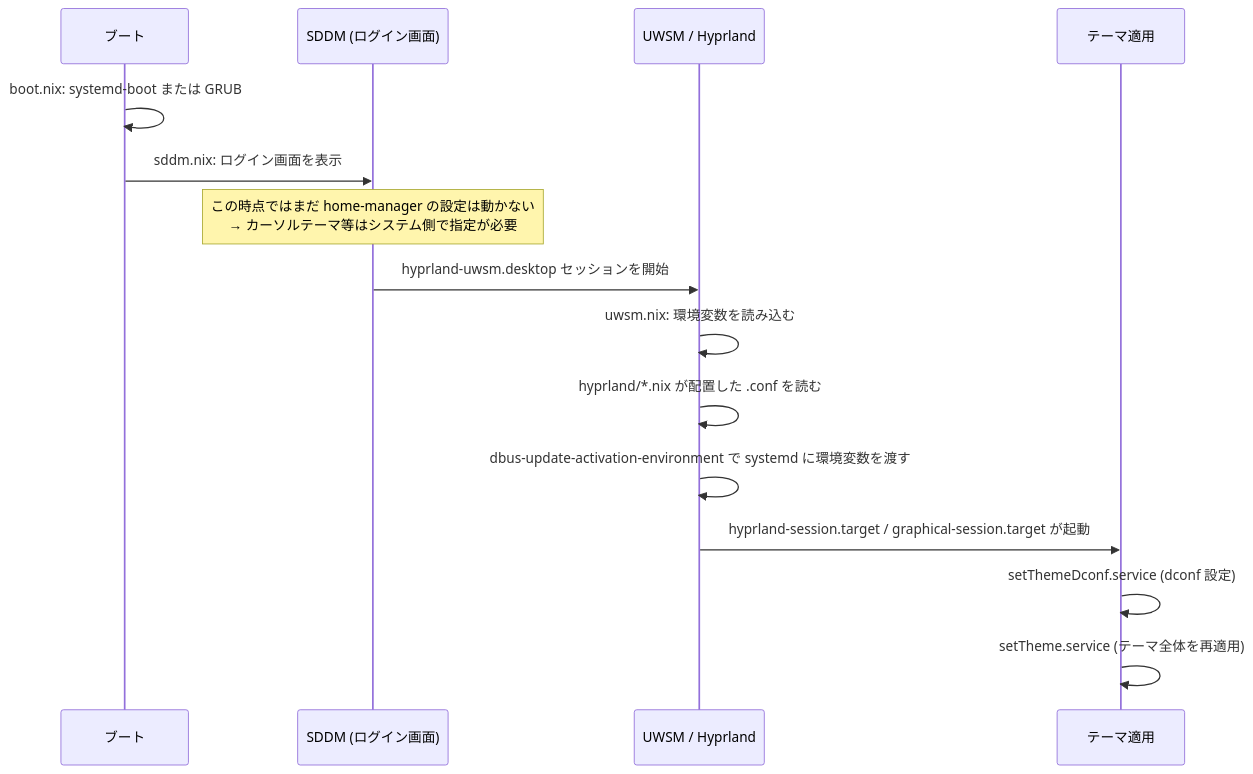
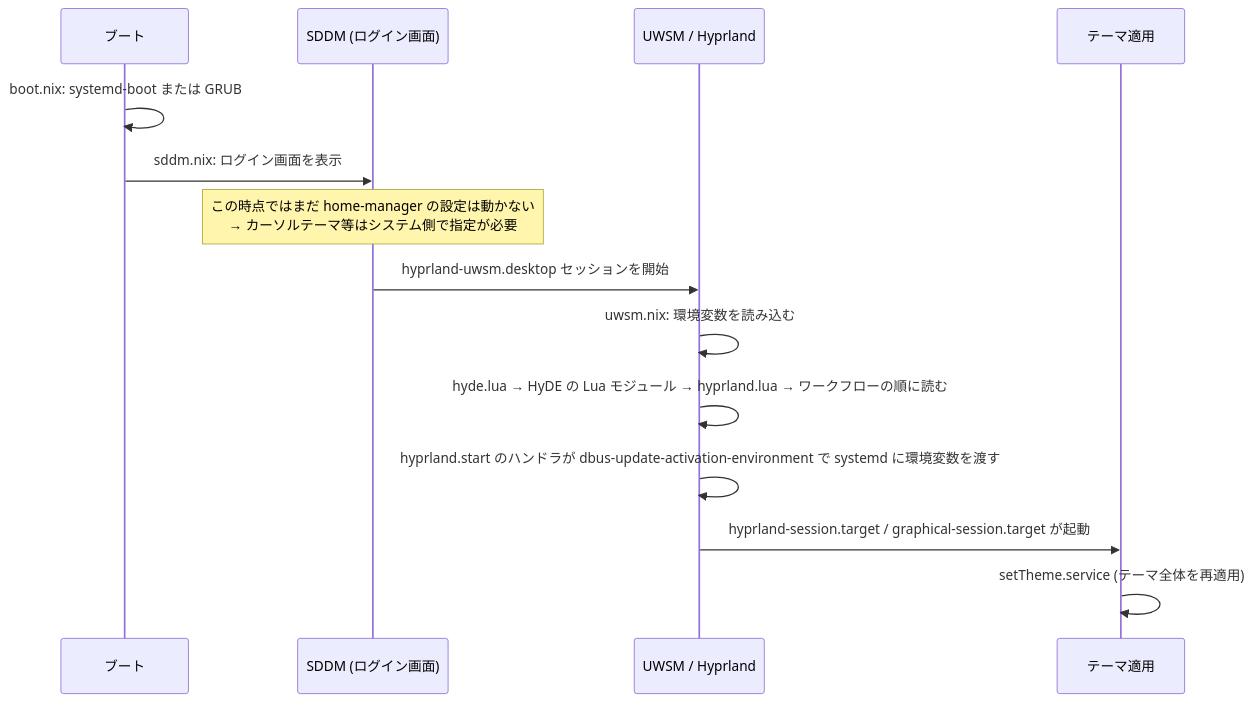
One commit to santamn/hydenix changed the second of 3 diagrams in docs-ja/01-architecture.md. Above: the diagram before and after it, drawn with Mermaid. The commit also changed other lines of this file and 11 other files, not shown here.

````diff
--- a/docs-ja/01-architecture.md
+++ b/docs-ja/01-architecture.md
@@ -72,18 +72,17 @@
 ```mermaid
 sequenceDiagram
     participant B as ブート
     participant S as SDDM (ログイン画面)
     participant U as UWSM / Hyprland
     participant T as テーマ適用
 
     B->>B: boot.nix: systemd-boot または GRUB
     B->>S: sddm.nix: ログイン画面を表示
     Note over S: この時点ではまだ home-manager の設定は動かない<br/>→ カーソルテーマ等はシステム側で指定が必要
     S->>U: hyprland-uwsm.desktop セッションを開始
     U->>U: uwsm.nix: 環境変数を読み込む
-    U->>U: hyprland/*.nix が配置した .conf を読む
-    U->>U: dbus-update-activation-environment で systemd に環境変数を渡す
+    U->>U: hyde.lua → HyDE の Lua モジュール → hyprland.lua → ワークフローの順に読む
+    U->>U: hyprland.start のハンドラが dbus-update-activation-environment で systemd に環境変数を渡す
     U->>T: hyprland-session.target / graphical-session.target が起動
-    T->>T: setThemeDconf.service (dconf 設定)
     T->>T: setTheme.service (テーマ全体を再適用)
 ```
````
